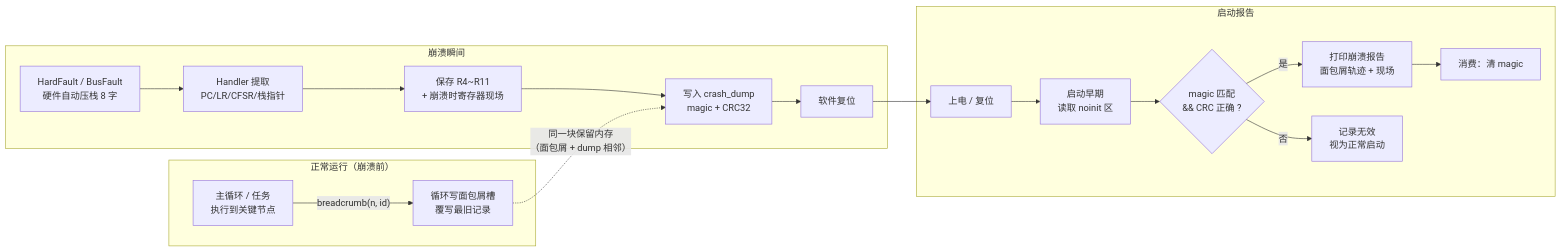
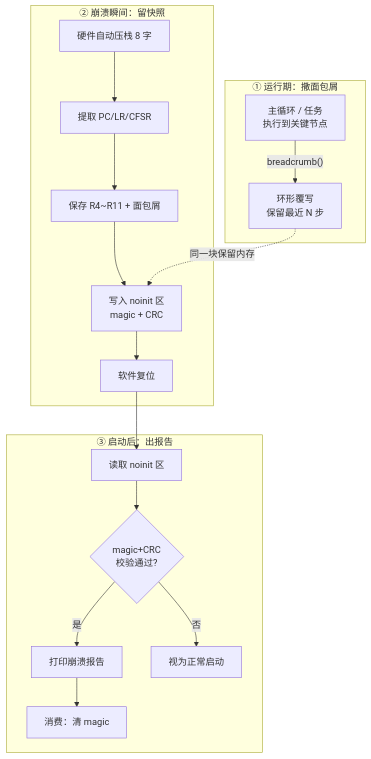
One commit to shuai-yemao/Deep-In-Embedded changed the diagram in 开发板/ARM架构/STM32F411CEU6/面包屑（Breadcrumb）崩溃前状态记录与启动报告.md. Above: the diagram before and after it, drawn with Mermaid.

Commit message:
embedded notes: 2026-08-05 14:19:37
Affected files:
开发板/ARM架构/STM32F411CEU6/面包屑（Breadcrumb）崩溃前状态记录与启动报告.md

````diff
--- a/开发板/ARM架构/STM32F411CEU6/面包屑（Breadcrumb）崩溃前状态记录与启动报告.md
+++ b/开发板/ARM架构/STM32F411CEU6/面包屑（Breadcrumb）崩溃前状态记录与启动报告.md
@@ -44,24 +44,23 @@
 ```mermaid
-flowchart LR
-    subgraph RUN["正常运行（崩溃前）"]
-        A["主循环 / 任务<br/>执行到关键节点"] -->|"breadcrumb(n, id)"| B["循环写面包屑槽<br/>覆写最旧记录"]
+flowchart TD
+    subgraph RUN["① 运行期：撒面包屑"]
+        A["主循环 / 任务<br/>执行到关键节点"] -->|"breadcrumb()"| B["环形覆写<br/>保留最近 N 步"]
     end
 
-    subgraph FAULT["崩溃瞬间"]
-        C["HardFault / BusFault<br/>硬件自动压栈 8 字"] --> D["Handler 提取<br/>PC/LR/CFSR/栈指针"]
-        D --> E["保存 R4~R11<br/>+ 崩溃时寄存器现场"]
-        E --> F["写入 crash_dump<br/>magic + CRC32"]
+    subgraph FAULT["② 崩溃瞬间：留快照"]
+        C["硬件自动压栈 8 字"] --> D["提取 PC/LR/CFSR"]
+        D --> E["保存 R4~R11 + 面包屑"]
+        E --> F["写入 noinit 区<br/>magic + CRC"]
         F --> G["软件复位"]
     end
 
-    subgraph BOOT["启动报告"]
-        H["上电 / 复位"] --> I["启动早期<br/>读取 noinit 区"]
-        I --> J{"magic 匹配<br/>&& CRC 正确 ?"}
-        J -->|"是"| K["打印崩溃报告<br/>面包屑轨迹 + 现场"]
+    subgraph BOOT["③ 启动后：出报告"]
+        H["读取 noinit 区"] --> J{"magic+CRC<br/>校验通过?"}
+        J -->|"是"| K["打印崩溃报告"]
         K --> L["消费：清 magic"]
-        J -->|"否"| M["记录无效<br/>视为正常启动"]
+        J -->|"否"| M["视为正常启动"]
     end
 
-    B -.->|"同一块保留内存<br/>（面包屑 + dump 相邻）"| F
+    B -.->|"同一块保留内存"| F
     G --> H
 ```
````
